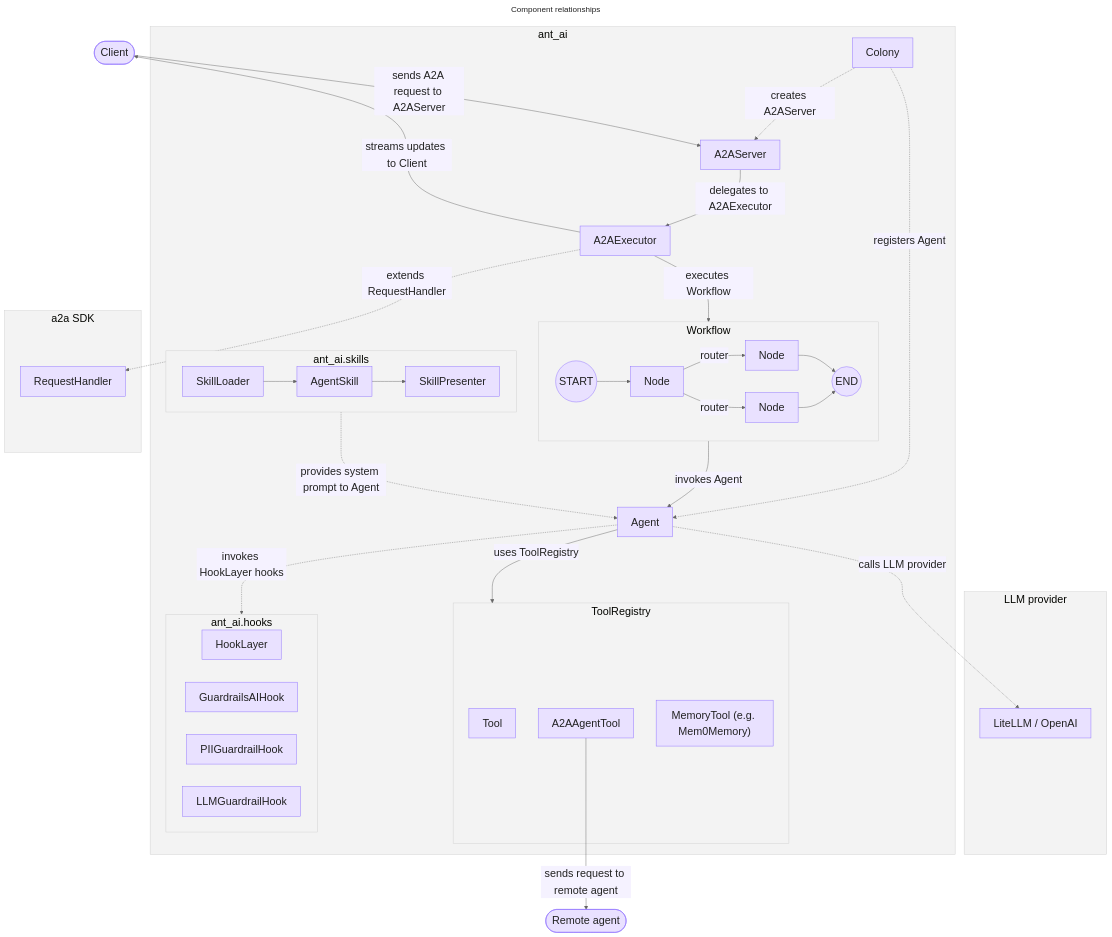
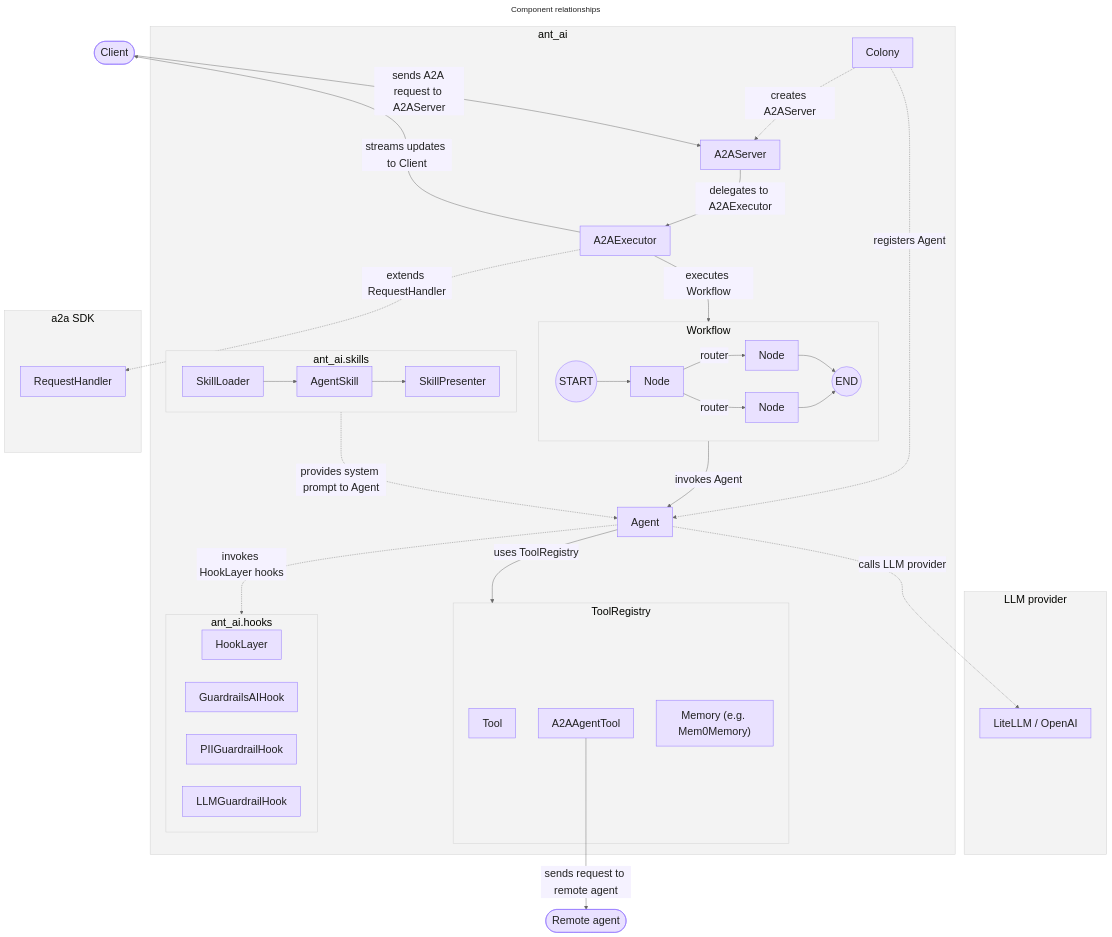
The diagram in docs/docs/architecture/component-relationships.mmd (idea-idsia/ant-ai), drawn with Mermaid before and after one commit. The commit also changed 16 other files, not shown here.

```diff
--- a/docs/docs/architecture/component-relationships.mmd
+++ b/docs/docs/architecture/component-relationships.mmd
@@ -1,80 +1,80 @@
 ---
 title: Component relationships
 config:
   theme: base
   themeVariables:
     background: '#ffffff'
     primaryColor: '#E9E1FF'
     primaryTextColor: '#222222'
     primaryBorderColor: '#8B6DFF'
     lineColor: '#666666'
     secondaryColor: '#F5F2FF'
     tertiaryColor: '#FBFAFF'
     clusterBkg: '#F3F3F3'
     clusterBorder: '#CFCFCF'
     fontFamily: 'Inter, Arial, sans-serif'
     fontSize: '24px'
 ---
 flowchart TD
     Client([Client])
     Remote([Remote agent])
 
     subgraph ext_llm[LLM provider]
         LLM[LiteLLM / OpenAI]
     end
 
     subgraph hm[ant_ai]
         Colony[Colony]
         A2AS[A2AServer]
         Exec[A2AExecutor]
         Agent[Agent]
 
         subgraph reg[ToolRegistry]
             Tool[Tool]
             A2AT[A2AAgentTool]
-            MemT["MemoryTool (e.g. Mem0Memory)"]
+            MemT["Memory (e.g. Mem0Memory)"]
         end
 
         subgraph wf[Workflow]
             direction LR
             S((START)) --> N1[Node]
             N1 -->|router| N2[Node]
             N1 -->|router| N3[Node]
             N2 --> E((END))
             N3 --> E
         end
 
         subgraph skills[ant_ai.skills]
             direction LR
             SkillLoader[SkillLoader] --> AgentSkill[AgentSkill]
             AgentSkill --> SkillPresenter[SkillPresenter]
         end
 
         subgraph hooks_sub[ant_ai.hooks]
             HookLayer[HookLayer]
             GuardrailsHook[GuardrailsAIHook]
             PIIHook[PIIGuardrailHook]
             LLMGuardrail[LLMGuardrailHook]
         end
 
         Colony -.->|creates A2AServer| A2AS
         Colony -.->|registers Agent| Agent
 
         A2AS -->|delegates to A2AExecutor| Exec
         Exec -->|executes Workflow| wf
         wf -->|invokes Agent| Agent
 
         Agent -->|uses ToolRegistry| reg
         SkillPresenter -.->|provides system prompt to Agent| Agent
         Agent -.->|invokes HookLayer hooks| hooks_sub
     end
 
     subgraph ext_a2a[a2a SDK]
         SDK[RequestHandler]
     end
 
     Client -->|sends A2A request to A2AServer| A2AS
     Exec -.->|extends RequestHandler| SDK
     Agent -.->|calls LLM provider| LLM
     A2AT -->|sends request to remote agent| Remote
     Exec -->|streams updates to Client| Client
```
